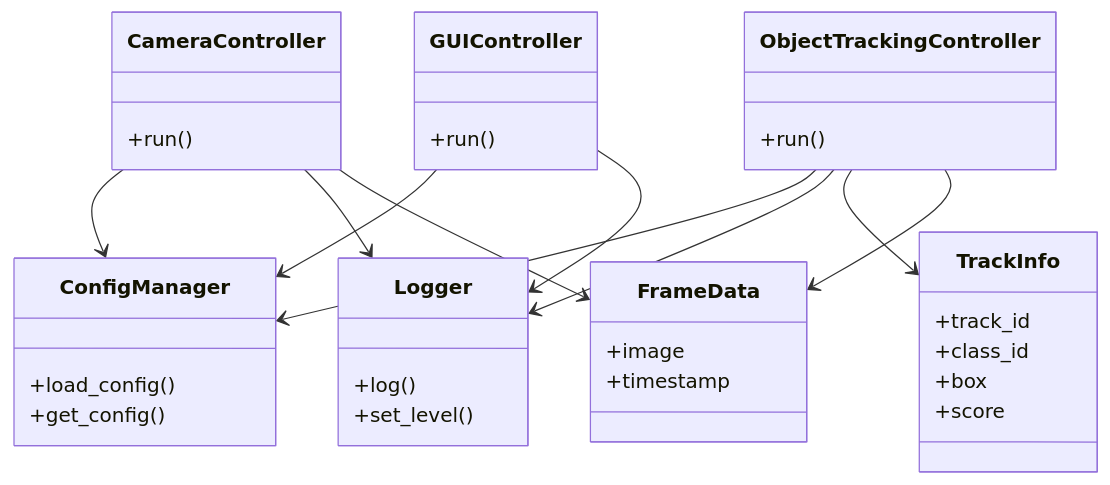
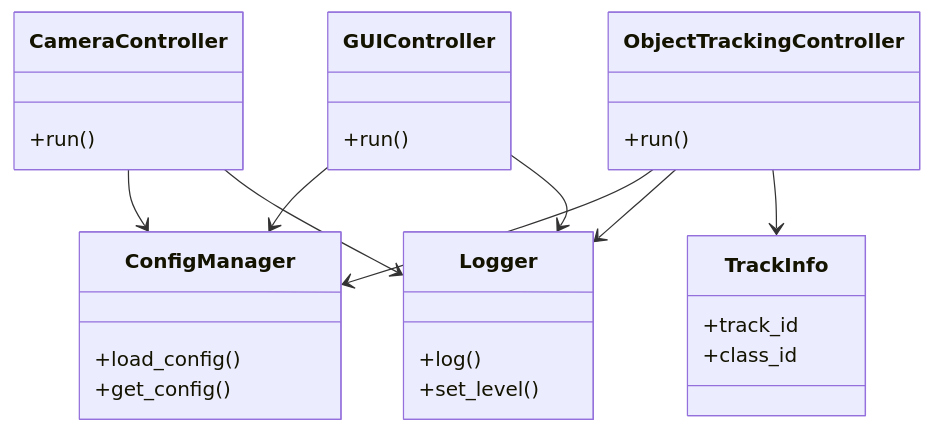
Before and after one commit to NobuoTsukamoto/multiprocess-object-tracker: the diagram in README.md, drawn with Mermaid. The commit also changed 12 other files, not shown here.

First line of the commit message:
refactor(data-models): 未使用の FrameData/DetectionResult と TrackInfo.box/score を削除

````diff
--- a/README.md
+++ b/README.md
@@ -118,40 +118,32 @@
 ```mermaid
 classDiagram
     CameraController --> ConfigManager
     ObjectTrackingController --> ConfigManager
     GUIController --> ConfigManager
     CameraController --> Logger
     ObjectTrackingController --> Logger
     GUIController --> Logger
-    CameraController --> FrameData
     ObjectTrackingController --> TrackInfo
-    ObjectTrackingController --> FrameData
 
     class ConfigManager {
         +load_config()
         +get_config()
     }
     class Logger {
         +log()
         +set_level()
     }
     class CameraController {
         +run()
     }
     class ObjectTrackingController {
         +run()
     }
     class GUIController {
         +run()
     }
-    class FrameData {
-        +image
-        +timestamp
-    }
     class TrackInfo {
         +track_id
         +class_id
-        +box
-        +score
     }
 ```
````
